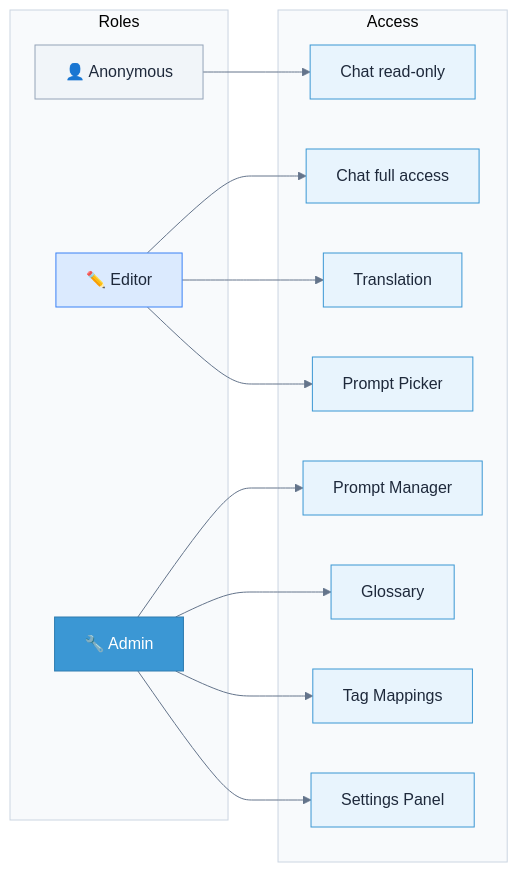
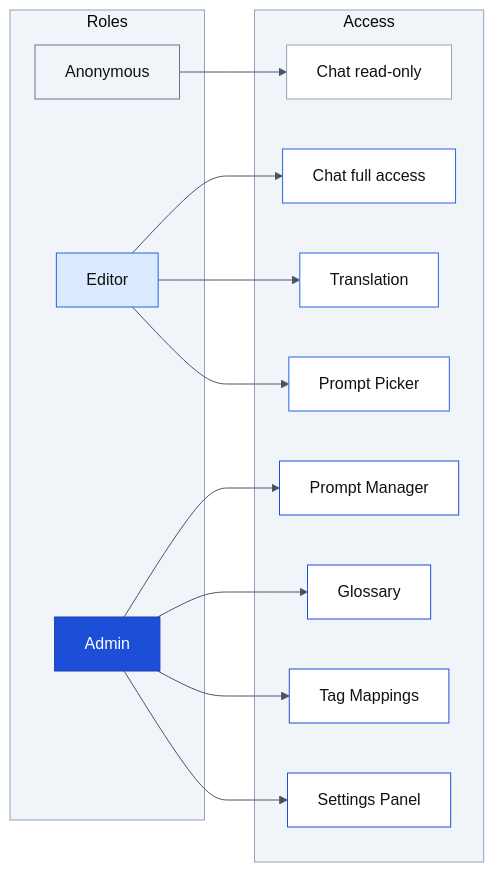
Before and after one commit to interaktivgmbh/volto-interaktiv-kyra: the sixth of 6 diagrams in README.md, drawn with Mermaid. The commit also changed other lines of this file, not shown here.

Commit message:
Enhance README with added contents section, updated Mermaid diagrams, refined styles, and improved feature visualization

````diff
--- a/README.md
+++ b/README.md
@@ -256,33 +280,41 @@
 ```mermaid
-%%{init: {'theme': 'base', 'themeVariables': {'primaryColor': '#e8f4fd', 'primaryBorderColor': '#3b97d4', 'primaryTextColor': '#1e293b', 'lineColor': '#64748b', 'clusterBkg': '#f8fafc', 'clusterBorder': '#cbd5e1'}}}%%
+%%{init: {'theme': 'base', 'themeVariables': {'primaryColor': '#dbeafe', 'primaryBorderColor': '#2563eb', 'primaryTextColor': '#111', 'lineColor': '#475569', 'clusterBkg': '#f1f5f9', 'clusterBorder': '#94a3b8'}}}%%
 flowchart LR
     subgraph Roles
-        ANON["👤 Anonymous"]
-        EDITOR["✏️ Editor"]
-        ADMIN["🔧 Admin"]
+        ANON["Anonymous"]
+        EDITOR["Editor"]
+        ADMIN["Admin"]
     end
 
     subgraph Access
         F1["Chat read-only"]
         F2["Chat full access"]
         F3["Translation"]
         F4["Prompt Picker"]
         F5["Prompt Manager"]
         F6["Glossary"]
         F7["Tag Mappings"]
         F8["Settings Panel"]
     end
 
     ANON --> F1
     EDITOR --> F2
     EDITOR --> F3
     EDITOR --> F4
     ADMIN --> F5
     ADMIN --> F6
     ADMIN --> F7
     ADMIN --> F8
 
-    style ANON fill:#f1f5f9,stroke:#94a3b8
-    style EDITOR fill:#dbeafe,stroke:#3b82f6
-    style ADMIN fill:#3b97d4,stroke:#307db0,color:#fff
+    style ANON fill:#f1f5f9,stroke:#64748b,color:#111
+    style EDITOR fill:#dbeafe,stroke:#2563eb,color:#111
+    style ADMIN fill:#1d4ed8,stroke:#1e40af,color:#fff
+    style F1 fill:#fff,stroke:#94a3b8,color:#111
+    style F2 fill:#fff,stroke:#2563eb,color:#111
+    style F3 fill:#fff,stroke:#2563eb,color:#111
+    style F4 fill:#fff,stroke:#2563eb,color:#111
+    style F5 fill:#fff,stroke:#1d4ed8,color:#111
+    style F6 fill:#fff,stroke:#1d4ed8,color:#111
+    style F7 fill:#fff,stroke:#1d4ed8,color:#111
+    style F8 fill:#fff,stroke:#1d4ed8,color:#111
 ```
````
